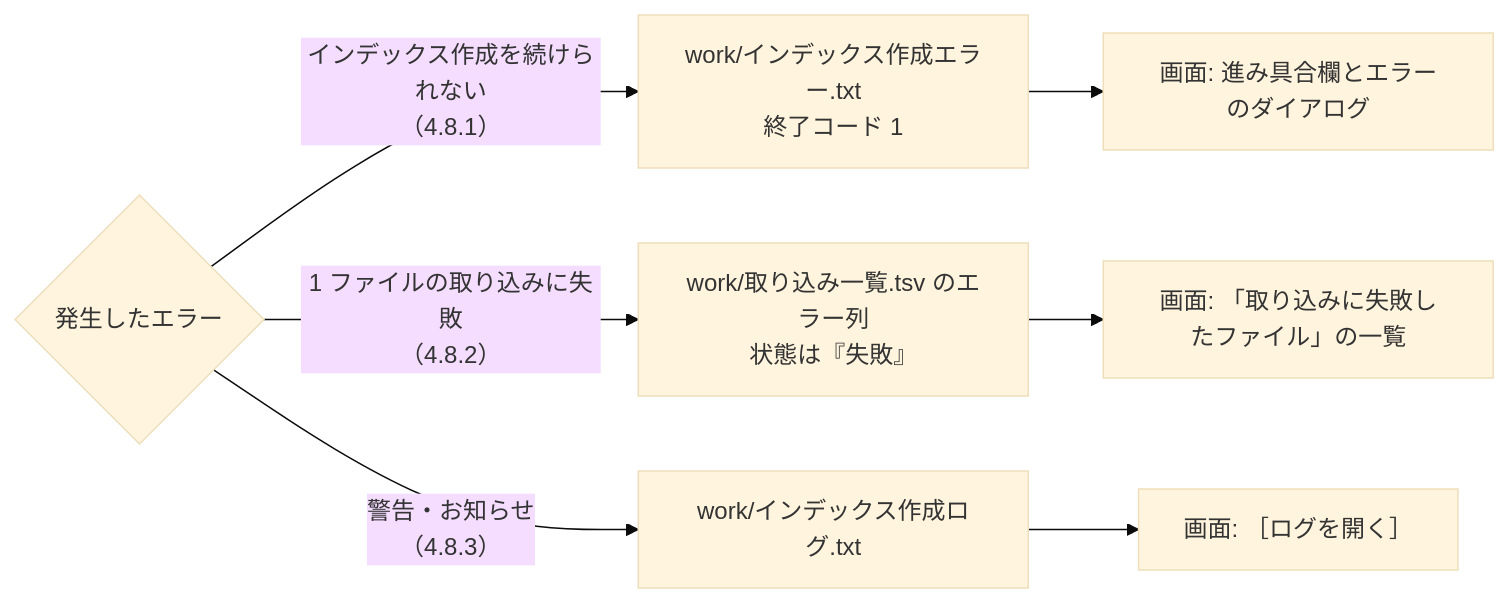
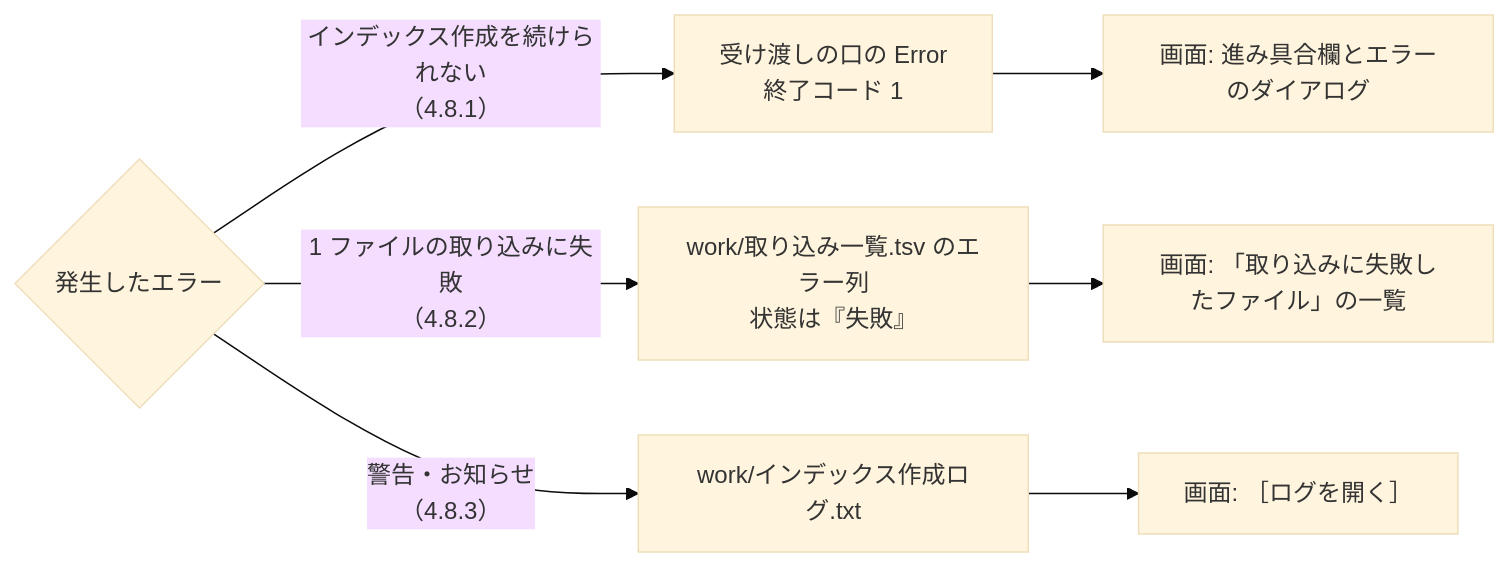
The diagram in docs/01_インデックス作成_8_エラーメッセージ一覧.md (hsgwa/tebunko), drawn with Mermaid (base theme) before and after one commit. The commit also changed other lines of this file and 69 other files, not shown here.

````diff
--- a/docs/01_インデックス作成_8_エラーメッセージ一覧.md
+++ b/docs/01_インデックス作成_8_エラーメッセージ一覧.md
@@ -13,6 +13,6 @@
 ```mermaid
 flowchart LR
-    E{"発生したエラー"} -- "インデックス作成を続けられない<br>（4.8.1）" --> F["work/インデックス作成エラー.txt<br>終了コード 1"] --> G1["画面: 進み具合欄とエラーのダイアログ"]
+    E{"発生したエラー"} -- "インデックス作成を続けられない<br>（4.8.1）" --> F["受け渡しの口の Error<br>終了コード 1"] --> G1["画面: 進み具合欄とエラーのダイアログ"]
     E -- "1 ファイルの取り込みに失敗<br>（4.8.2）" --> S["work/取り込み一覧.tsv のエラー列<br>状態は『失敗』"] --> G2["画面: 「取り込みに失敗したファイル」の一覧"]
     E -- "警告・お知らせ<br>（4.8.3）" --> L["work/インデックス作成ログ.txt"] --> G3["画面: ［ログを開く］"]
 ```
````
